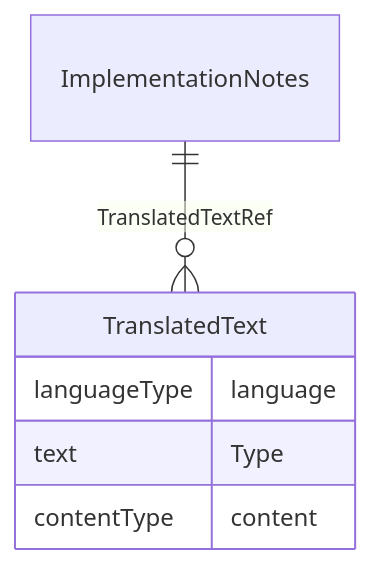
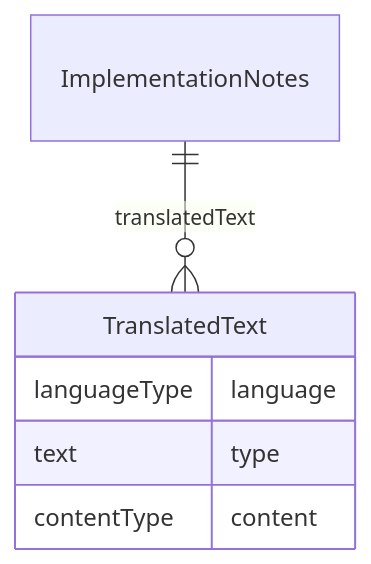
One commit to cdisc-org/DataExchange-ODM-LinkML changed the diagram in docs/ImplementationNotes.md. Above: the diagram before and after it, drawn with Mermaid. The commit also changed other lines of this file and 759 other files, not shown here.

````diff
--- a/docs/ImplementationNotes.md
+++ b/docs/ImplementationNotes.md
@@ -11,14 +11,14 @@
 ```mermaid
 erDiagram
 ImplementationNotes {
 
 }
 TranslatedText {
     languageType language  
-    text Type  
+    text type  
     contentType content  
 }
 
-ImplementationNotes ||--}o TranslatedText : "TranslatedTextRef"
+ImplementationNotes ||--}o TranslatedText : "translatedText"
 
 ```
````
